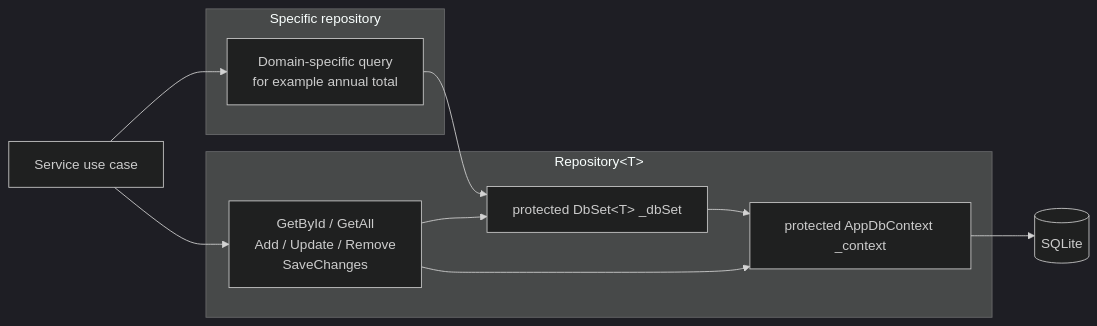
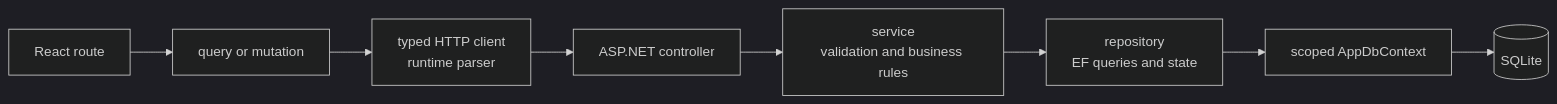
One commit to Mzach55/SmartRetirement changed the first of 2 diagrams in docs/application-flow.md. Above: the diagram before and after it, drawn with Mermaid (dark theme). The commit also changed other lines of this file and 6 other files, not shown here.

````diff
--- a/docs/application-flow.md
+++ b/docs/application-flow.md
@@ -112,24 +10,10 @@
 ```mermaid
 flowchart LR
-    Service["Service use case"]
-
-    subgraph Specific["Specific repository"]
-        Query["Domain-specific query<br/>for example annual total"]
-    end
-
-    subgraph Generic["Repository&lt;T&gt;"]
-        Common["GetById / GetAll<br/>Add / Update / Remove<br/>SaveChanges"]
-        DbSet["protected DbSet&lt;T&gt; _dbSet"]
-        Context["protected AppDbContext _context"]
-    end
-
-    Database[(SQLite)]
-
-    Service --> Query
-    Service --> Common
-    Query --> DbSet
-    Common --> DbSet
-    Common --> Context
-    DbSet --> Context
-    Context --> Database
+    Browser["React route"] --> Query["query or mutation"]
+    Query --> HTTP["typed HTTP client<br/>runtime parser"]
+    HTTP --> Controller["ASP.NET controller"]
+    Controller --> Service["service<br/>validation and business rules"]
+    Service --> Repository["repository<br/>EF queries and state"]
+    Repository --> Context["scoped AppDbContext"]
+    Context --> SQLite[("SQLite")]
 ```
````
